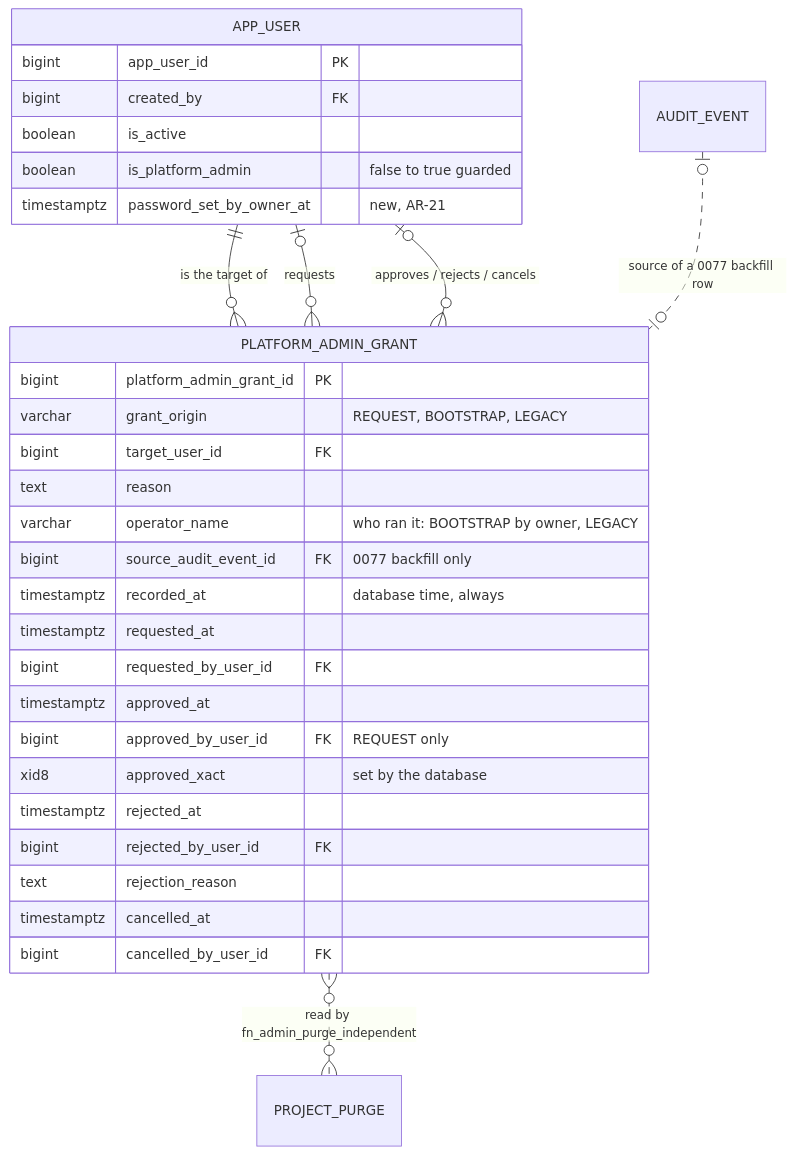
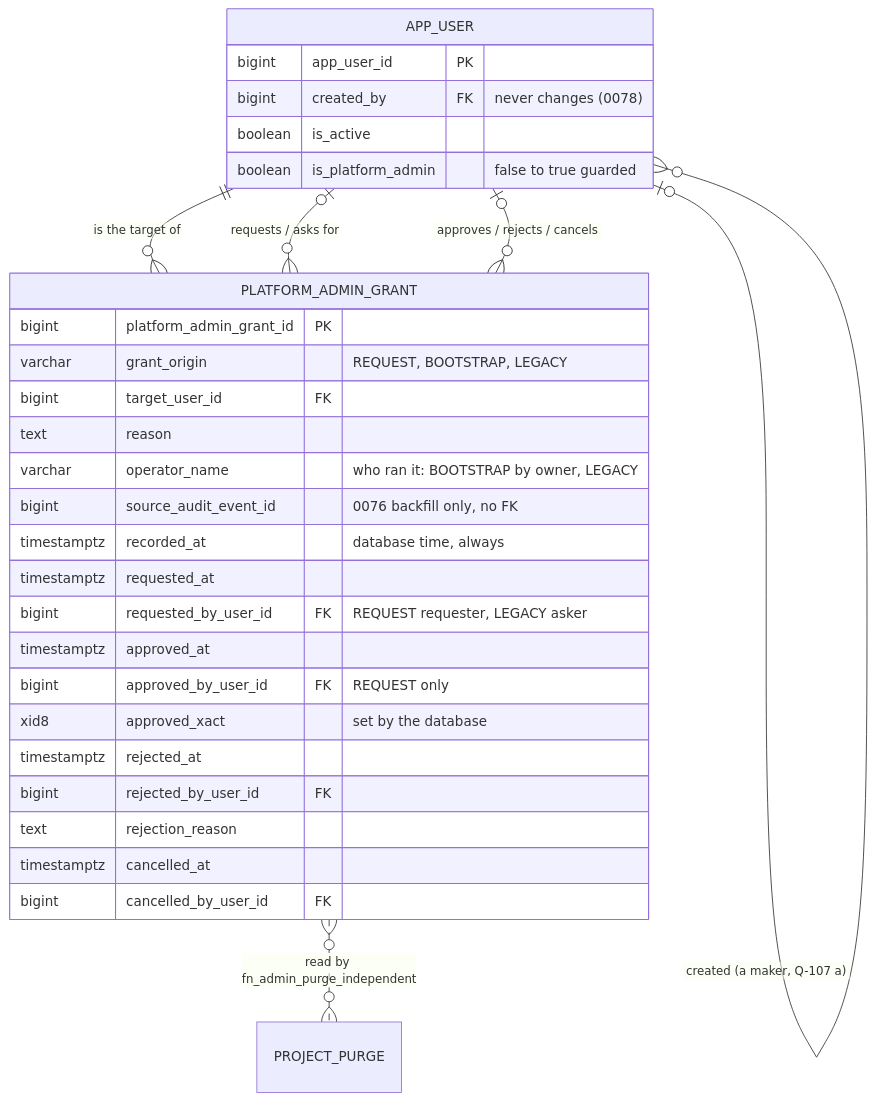
The diagram in docs/slice17_admin_grant_schema.md (ben-gmq/Value_Bridge), drawn with Mermaid before and after one commit. The commit also changed other lines of this file and 3 other files, not shown here.

Commit message:
Slice 17: Ben's Q-105 (a) / Q-107 (a) as AR-24, AR-25; schema rev 3 (apple): three migrations 0076-0078, the creator rule in the database; Q-108, Q-109 open

````diff
--- a/docs/slice17_admin_grant_schema.md
+++ b/docs/slice17_admin_grant_schema.md
@@ -29,34 +87,33 @@
 ```mermaid
 erDiagram
     APP_USER ||--o{ PLATFORM_ADMIN_GRANT : "is the target of"
-    APP_USER |o--o{ PLATFORM_ADMIN_GRANT : "requests"
+    APP_USER |o--o{ PLATFORM_ADMIN_GRANT : "requests / asks for"
     APP_USER |o--o{ PLATFORM_ADMIN_GRANT : "approves / rejects / cancels"
-    AUDIT_EVENT |o..o| PLATFORM_ADMIN_GRANT : "source of a 0077 backfill row"
+    APP_USER |o--o{ APP_USER : "created (a maker, Q-107 a)"
     PLATFORM_ADMIN_GRANT }o..o{ PROJECT_PURGE : "read by fn_admin_purge_independent"
     PLATFORM_ADMIN_GRANT {
         bigint platform_admin_grant_id PK
         varchar grant_origin "REQUEST, BOOTSTRAP, LEGACY"
         bigint target_user_id FK
         text reason
         varchar operator_name "who ran it: BOOTSTRAP by owner, LEGACY"
-        bigint source_audit_event_id FK "0077 backfill only"
+        bigint source_audit_event_id "0076 backfill only, no FK"
         timestamptz recorded_at "database time, always"
         timestamptz requested_at
-        bigint requested_by_user_id FK
+        bigint requested_by_user_id FK "REQUEST requester, LEGACY asker"
         timestamptz approved_at
         bigint approved_by_user_id FK "REQUEST only"
         xid8 approved_xact "set by the database"
         timestamptz rejected_at
         bigint rejected_by_user_id FK
         text rejection_reason
         timestamptz cancelled_at
         bigint cancelled_by_user_id FK
     }
     APP_USER {
         bigint app_user_id PK
-        bigint created_by FK
+        bigint created_by FK "never changes (0078)"
         boolean is_active
         boolean is_platform_admin "false to true guarded"
-        timestamptz password_set_by_owner_at "new, AR-21"
     }
 ```
````
